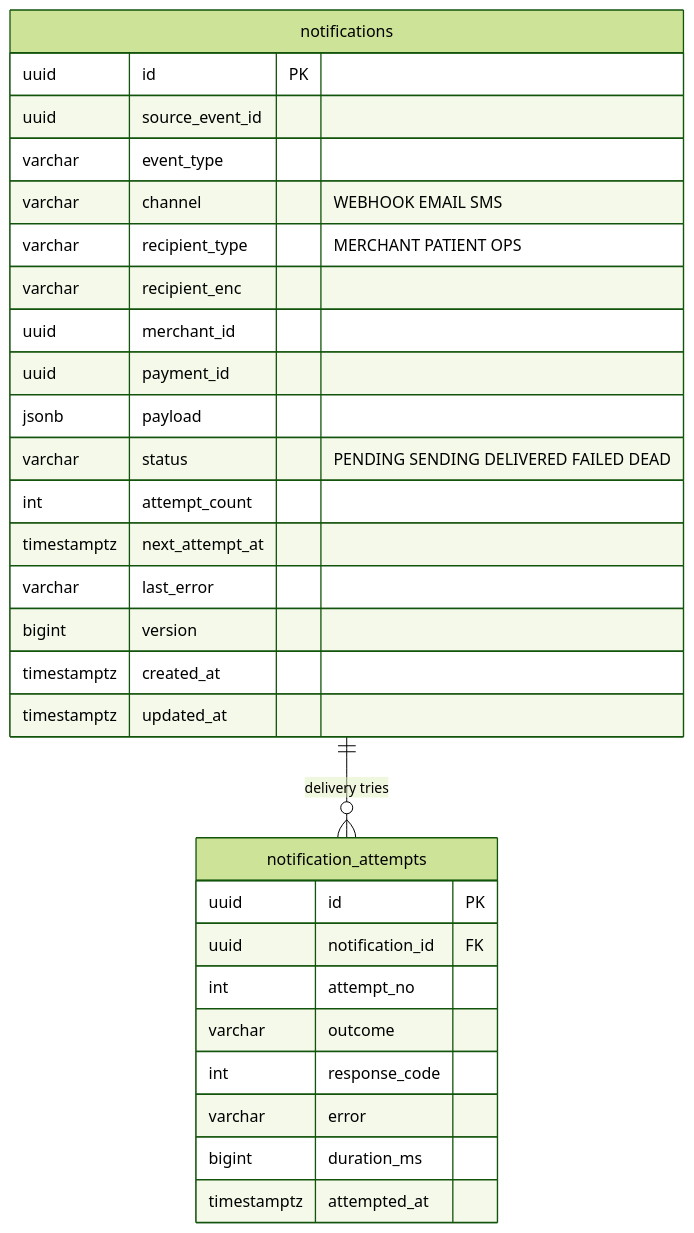
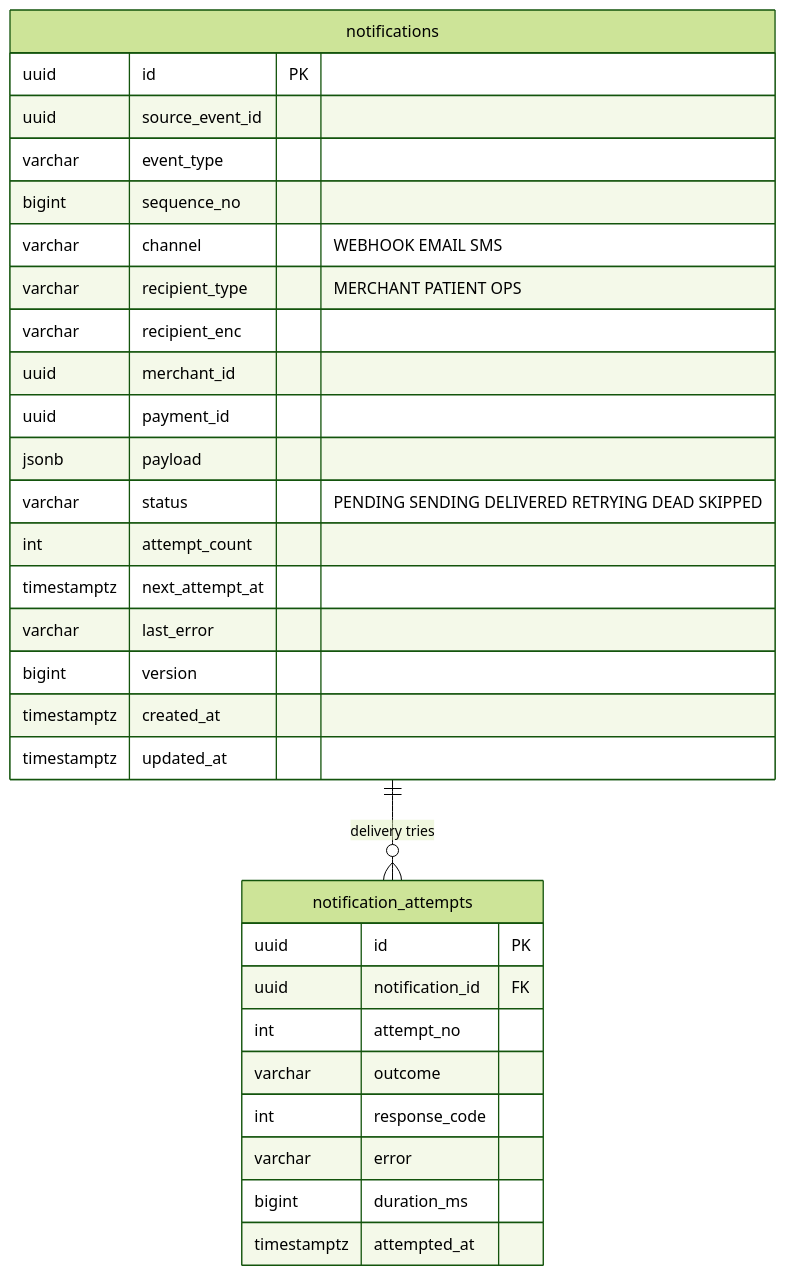
One commit to deepakgoli9640/docflow changed the fifth of 6 diagrams in docs/07-data-model.md. Above: the diagram before and after it, drawn with Mermaid (forest theme). The commit also changed other lines of this file and 128 other files, not shown here.

````diff
--- a/docs/07-data-model.md
+++ b/docs/07-data-model.md
@@ -289,33 +289,34 @@
 ```mermaid
 erDiagram
     notifications ||--o{ notification_attempts : "delivery tries"
 
     notifications {
         uuid id PK
         uuid source_event_id
         varchar event_type
+        bigint sequence_no
         varchar channel "WEBHOOK EMAIL SMS"
         varchar recipient_type "MERCHANT PATIENT OPS"
         varchar recipient_enc
         uuid merchant_id
         uuid payment_id
         jsonb payload
-        varchar status "PENDING SENDING DELIVERED FAILED DEAD"
+        varchar status "PENDING SENDING DELIVERED RETRYING DEAD SKIPPED"
         int attempt_count
         timestamptz next_attempt_at
         varchar last_error
         bigint version
         timestamptz created_at
         timestamptz updated_at
     }
     notification_attempts {
         uuid id PK
         uuid notification_id FK
         int attempt_no
         varchar outcome
         int response_code
         varchar error
         bigint duration_ms
         timestamptz attempted_at
     }
 ```
````
